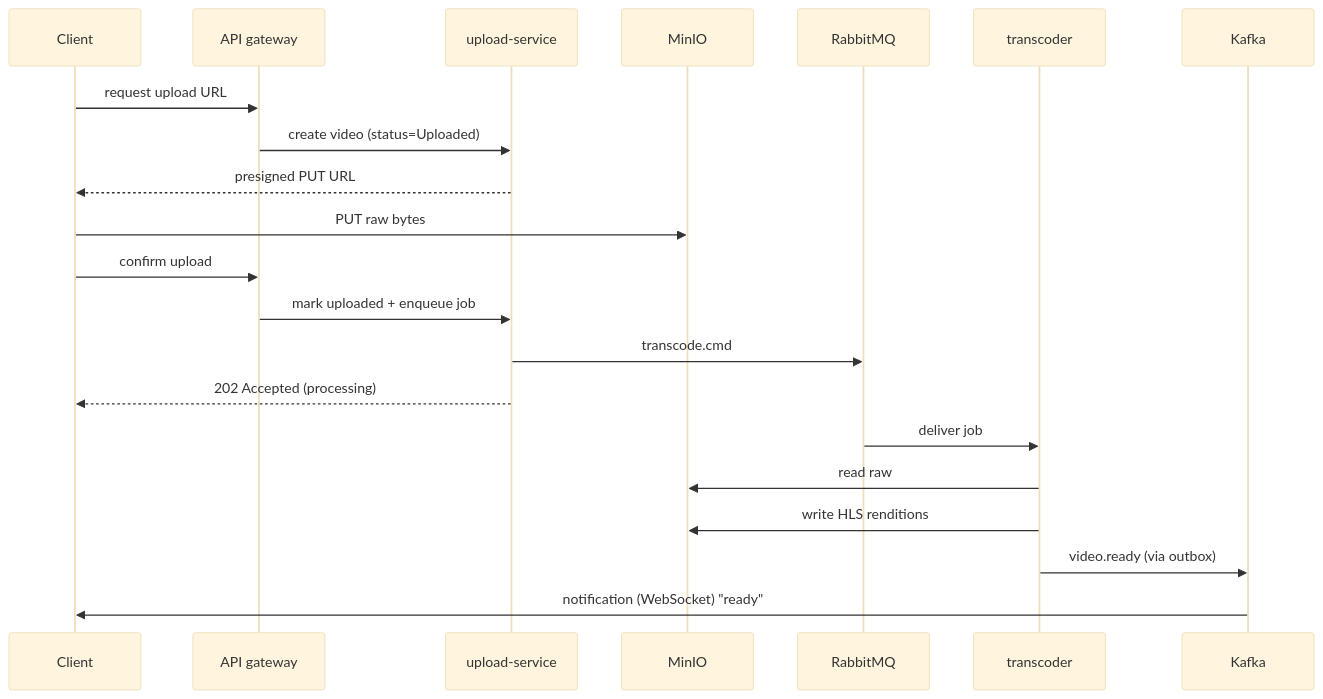
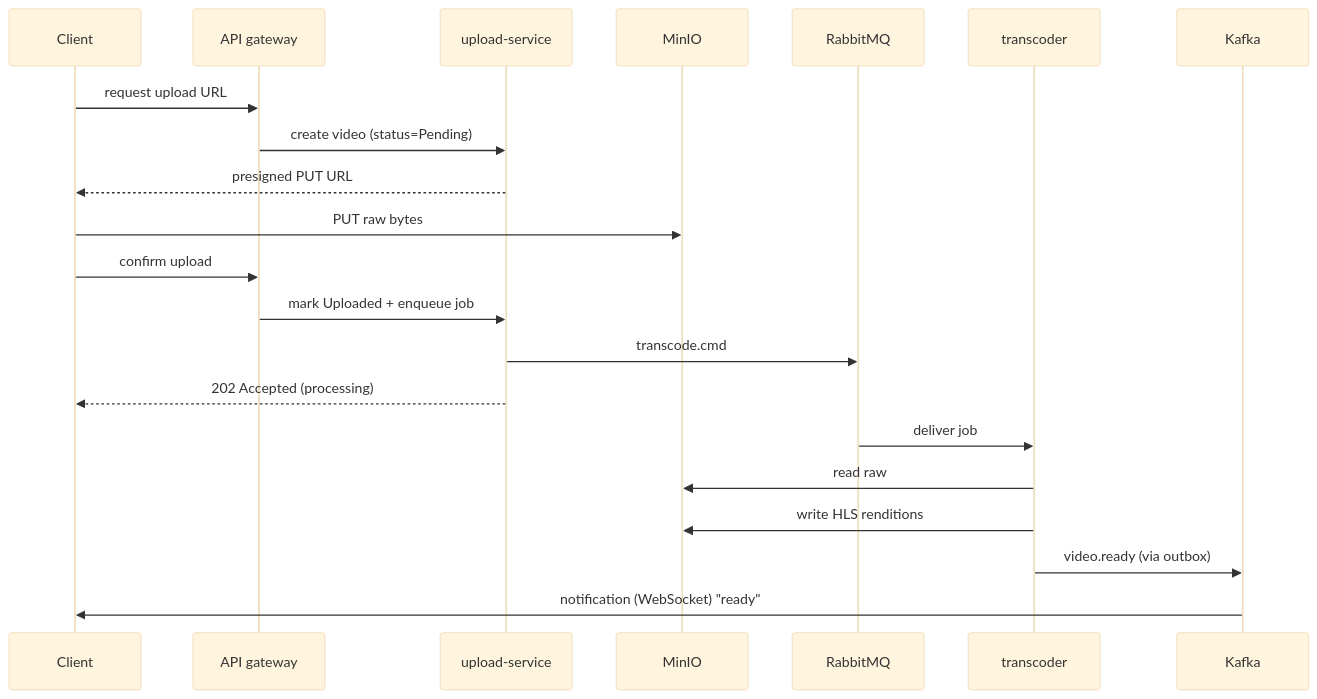
One commit to devravinder/project-youtube-clone changed the third of 9 diagrams in docs/architecture.md. Above: the diagram before and after it, drawn with Mermaid (base theme). The commit also changed other lines of this file and 10 other files, not shown here.

Commit message:
feat: confirm upload and pending status

````diff
--- a/docs/architecture.md
+++ b/docs/architecture.md
@@ -73,23 +73,23 @@
 ```mermaid
 sequenceDiagram
   participant C as Client
   participant GW as API gateway
   participant UP as upload-service
   participant S as MinIO
   participant Q as RabbitMQ
   participant TR as transcoder
   participant K as Kafka
   C->>GW: request upload URL
-  GW->>UP: create video (status=Uploaded)
+  GW->>UP: create video (status=Pending)
   UP-->>C: presigned PUT URL
   C->>S: PUT raw bytes
   C->>GW: confirm upload
-  GW->>UP: mark uploaded + enqueue job
+  GW->>UP: mark Uploaded + enqueue job
   UP->>Q: transcode.cmd
   UP-->>C: 202 Accepted (processing)
   Q->>TR: deliver job
   TR->>S: read raw
   TR->>S: write HLS renditions
   TR->>K: video.ready (via outbox)
   K->>C: notification (WebSocket) "ready"
 ```
````
